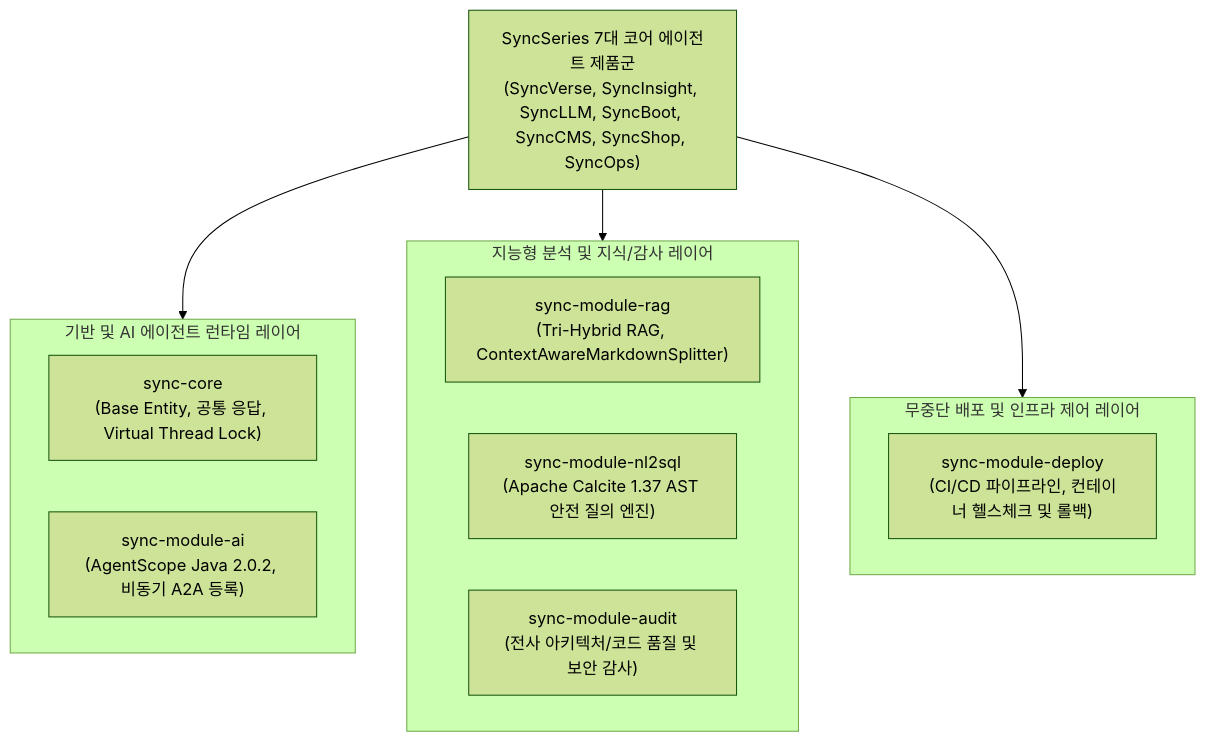
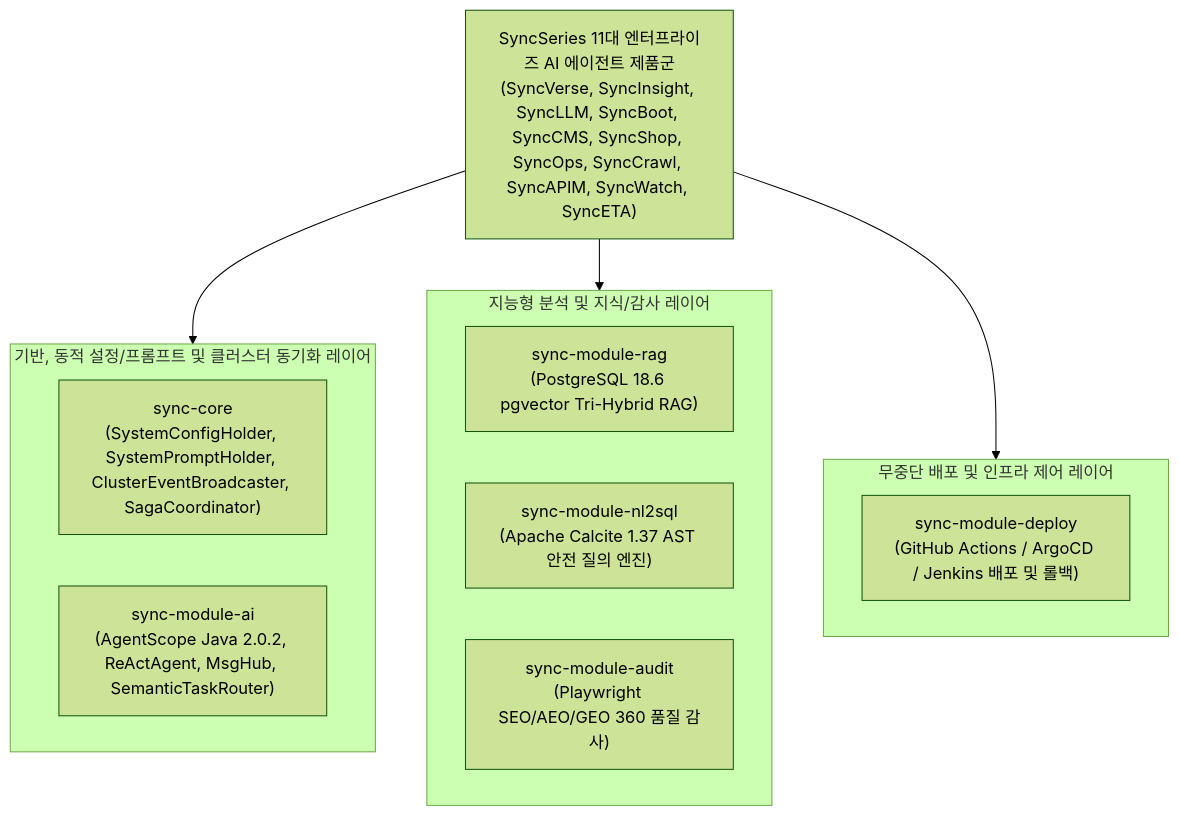
Before and after one commit to DramaticCollaboration/doc.github.io: the first of 2 diagrams in ko/ecosystem/shared-modules-and-sdk.md, drawn with Mermaid (forest theme). The commit also changed other lines of this file and 437 other files, not shown here.

````diff
--- a/ko/ecosystem/shared-modules-and-sdk.md
+++ b/ko/ecosystem/shared-modules-and-sdk.md
@@ -20,23 +20,23 @@
 ```mermaid
 graph TD
-    App["SyncSeries 7대 코어 에이전트 제품군\n(SyncVerse, SyncInsight, SyncLLM, SyncBoot, SyncCMS, SyncShop, SyncOps)"]
+    App["SyncSeries 11대 엔터프라이즈 AI 에이전트 제품군\n(SyncVerse, SyncInsight, SyncLLM, SyncBoot, SyncCMS, SyncShop, SyncOps, SyncCrawl, SyncAPIM, SyncWatch, SyncETA)"]
     
-    subgraph CoreFoundation ["기반 및 AI 에이전트 런타임 레이어"]
-        Core["sync-core\n(Base Entity, 공통 응답, Virtual Thread Lock)"]
-        Ai["sync-module-ai\n(AgentScope Java 2.0.2, 비동기 A2A 등록)"]
+    subgraph CoreFoundation ["기반, 동적 설정/프롬프트 및 클러스터 동기화 레이어"]
+        Core["sync-core\n(SystemConfigHolder, SystemPromptHolder, ClusterEventBroadcaster, SagaCoordinator)"]
+        Ai["sync-module-ai\n(AgentScope Java 2.0.2, ReActAgent, MsgHub, SemanticTaskRouter)"]
     end
 
     subgraph IntelligenceLayer ["지능형 분석 및 지식/감사 레이어"]
-        Rag["sync-module-rag\n(Tri-Hybrid RAG, ContextAwareMarkdownSplitter)"]
+        Rag["sync-module-rag\n(PostgreSQL 18.6 pgvector Tri-Hybrid RAG)"]
         Nl2Sql["sync-module-nl2sql\n(Apache Calcite 1.37 AST 안전 질의 엔진)"]
-        Audit["sync-module-audit\n(전사 아키텍처/코드 품질 및 보안 감사)"]
+        Audit["sync-module-audit\n(Playwright SEO/AEO/GEO 360 품질 감사)"]
     end
 
     subgraph DeliveryLayer ["무중단 배포 및 인프라 제어 레이어"]
-        Deploy["sync-module-deploy\n(CI/CD 파이프라인, 컨테이너 헬스체크 및 롤백)"]
+        Deploy["sync-module-deploy\n(GitHub Actions / ArgoCD / Jenkins 배포 및 롤백)"]
     end
 
     App --> CoreFoundation
     App --> IntelligenceLayer
     App --> DeliveryLayer
 ```
````
